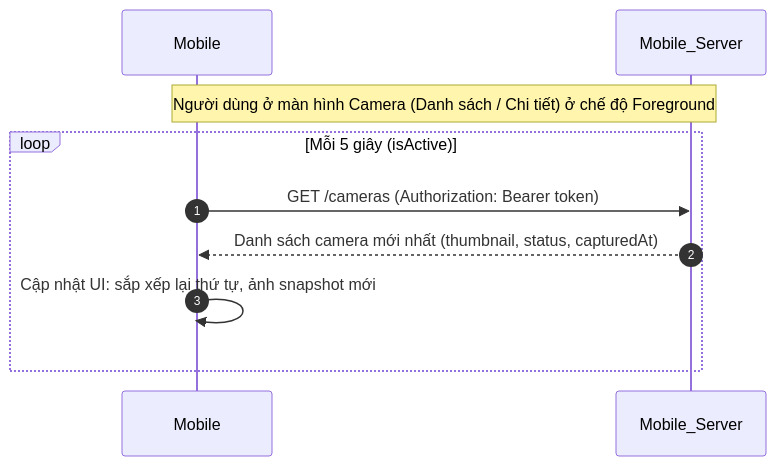
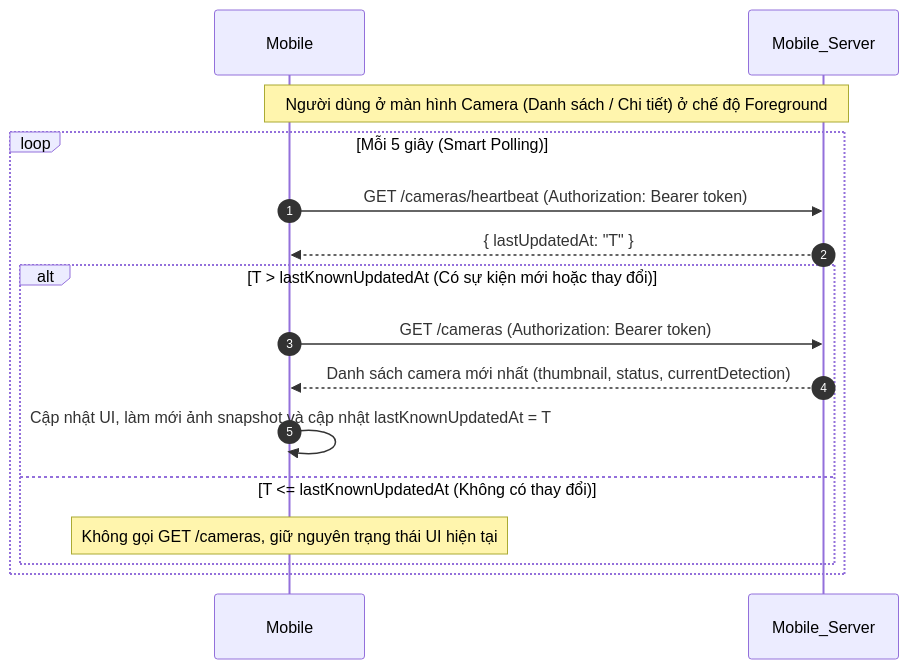
The sixth of 20 diagrams in docs/04-sequence-diagram.md (trungnguyenthien/Wildlife-Warning-and-Deterrence-System), drawn with Mermaid before and after one commit. The commit also changed other lines of this file, not shown here.

Commit message:
docs: update sequence diagram to reflect latest system workflow changes

````diff
--- a/docs/04-sequence-diagram.md
+++ b/docs/04-sequence-diagram.md
@@ -245,13 +245,19 @@
 ```mermaid
 sequenceDiagram
     autonumber
     participant Mobile as Mobile
     participant Mobile_Server as Mobile_Server
 
     Note over Mobile, Mobile_Server: Người dùng ở màn hình Camera (Danh sách / Chi tiết) ở chế độ Foreground
-    loop Mỗi 5 giây (isActive)
-        Mobile->>Mobile_Server: GET /cameras (Authorization: Bearer token)
-        Mobile_Server-->>Mobile: Danh sách camera mới nhất (thumbnail, status, capturedAt)
-        Mobile->>Mobile: Cập nhật UI: sắp xếp lại thứ tự, ảnh snapshot mới
+    loop Mỗi 5 giây (Smart Polling)
+        Mobile->>Mobile_Server: GET /cameras/heartbeat (Authorization: Bearer token)
+        Mobile_Server-->>Mobile: { lastUpdatedAt: "T" }
+        alt T > lastKnownUpdatedAt (Có sự kiện mới hoặc thay đổi)
+            Mobile->>Mobile_Server: GET /cameras (Authorization: Bearer token)
+            Mobile_Server-->>Mobile: Danh sách camera mới nhất (thumbnail, status, currentDetection)
+            Mobile->>Mobile: Cập nhật UI, làm mới ảnh snapshot và cập nhật lastKnownUpdatedAt = T
+        else T <= lastKnownUpdatedAt (Không có thay đổi)
+            Note over Mobile: Không gọi GET /cameras, giữ nguyên trạng thái UI hiện tại
+        end
     end
 ```
````
